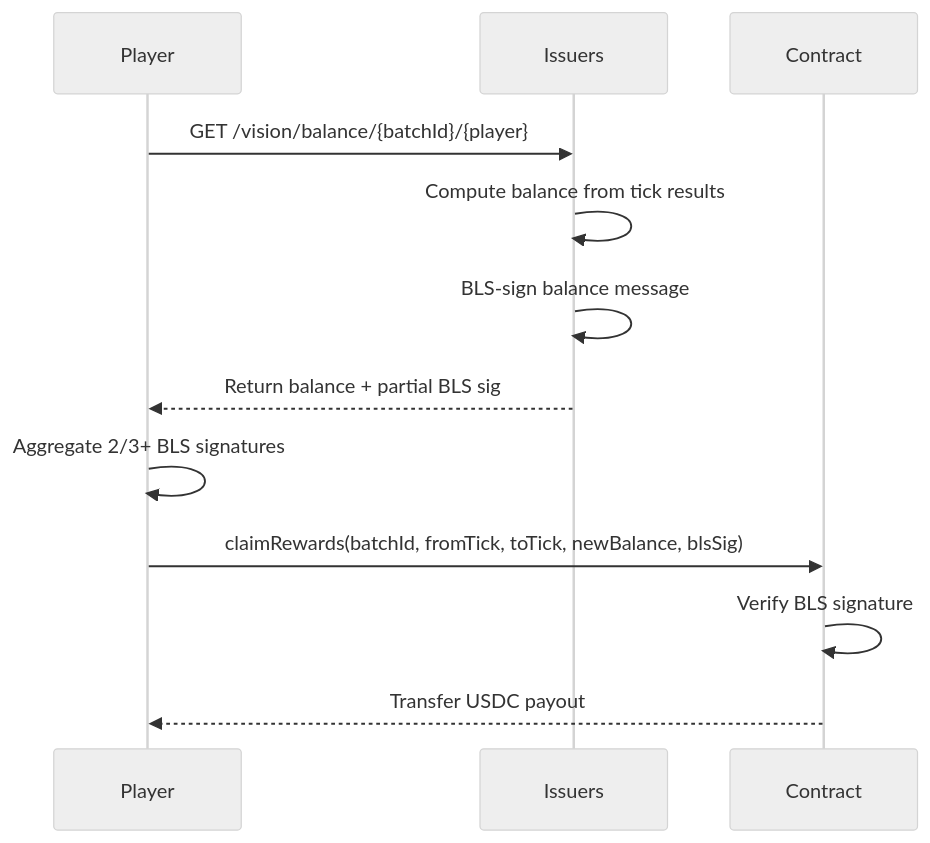
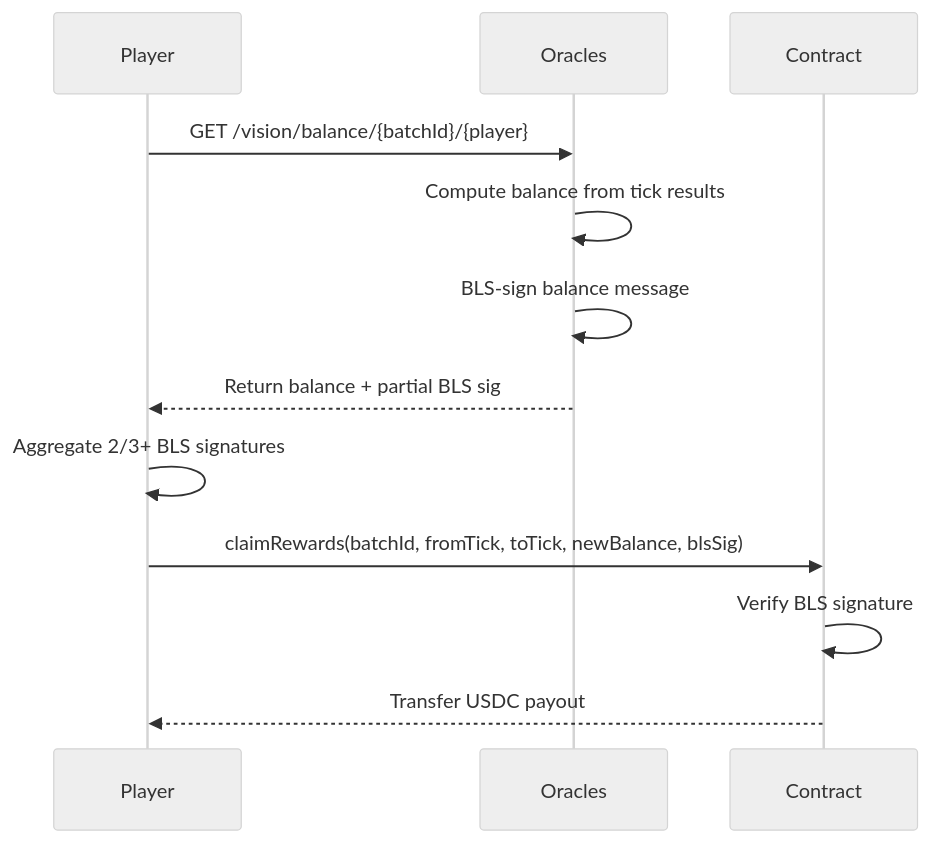
One commit to General-Market/docs changed the diagram in docs/vision/concepts/balance-proofs.mdx. Above: the diagram before and after it, drawn with Mermaid (neutral theme). The commit also changed other lines of this file and 652 other files, not shown here.

````diff
--- a/docs/vision/concepts/balance-proofs.mdx
+++ b/docs/vision/concepts/balance-proofs.mdx
@@ -20,15 +20,15 @@
 ```mermaid
 sequenceDiagram
     participant Player
-    participant Issuers
+    participant Oracles
     participant Contract
 
-    Player->>Issuers: GET /vision/balance/{batchId}/{player}
-    Issuers->>Issuers: Compute balance from tick results
-    Issuers->>Issuers: BLS-sign balance message
-    Issuers-->>Player: Return balance + partial BLS sig
+    Player->>Oracles: GET /vision/balance/{batchId}/{player}
+    Oracles->>Oracles: Compute balance from tick results
+    Oracles->>Oracles: BLS-sign balance message
+    Oracles-->>Player: Return balance + partial BLS sig
     Player->>Player: Aggregate 2/3+ BLS signatures
     Player->>Contract: claimRewards(batchId, fromTick, toTick, newBalance, blsSig)
     Contract->>Contract: Verify BLS signature
     Contract-->>Player: Transfer USDC payout
 ```
````
